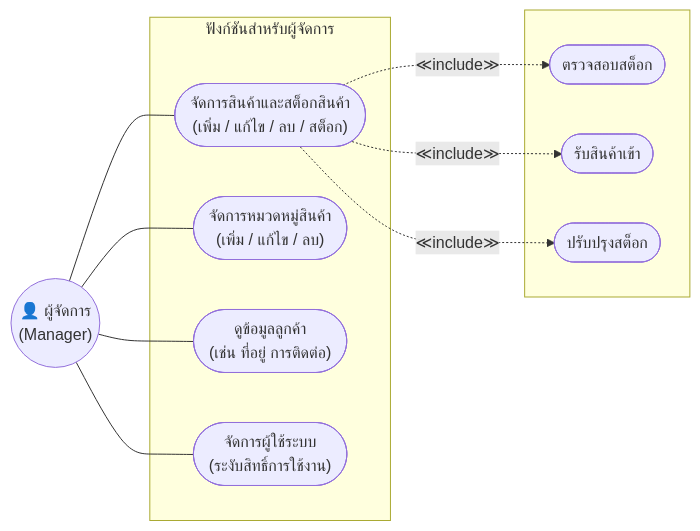
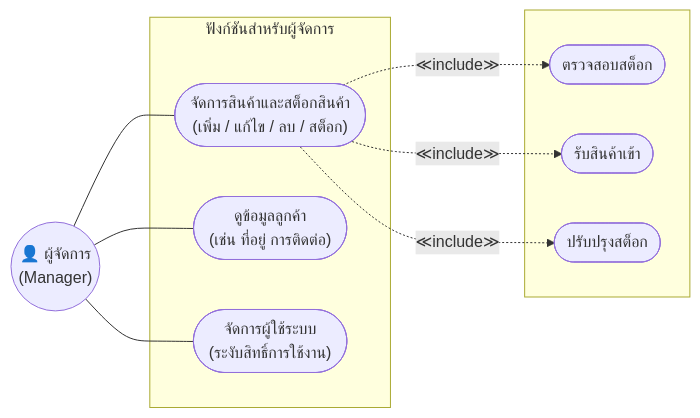
Before and after one commit to ArGusmumumimi/PC-Center-: the third of 8 diagrams in README.md, drawn with Mermaid. The commit also changed other lines of this file, not shown here.

````diff
--- a/README.md
+++ b/README.md
@@ -241,26 +231,24 @@
 ```mermaid
 flowchart LR
     Manager(("👤 ผู้จัดการ\n(Manager)"))
 
     subgraph OnlineStore_Manager["ฟังก์ชันสำหรับผู้จัดการ"]
         UM1(["จัดการสินค้าและสต็อกสินค้า\n(เพิ่ม / แก้ไข / ลบ / สต็อก)"])
-        UM2(["จัดการหมวดหมู่สินค้า\n(เพิ่ม / แก้ไข / ลบ)"])
         UM4(["ดูข้อมูลลูกค้า\n(เช่น ที่อยู่ การติดต่อ)"])
         UM5(["จัดการผู้ใช้ระบบ\n(ระงับสิทธิ์การใช้งาน)"])
     end
 
     subgraph include_stock[" "]
         UM1I1([ตรวจสอบสต็อก])
         UM1I2([รับสินค้าเข้า])
         UM1I3([ปรับปรุงสต็อก])
     end
 
     Manager --- UM1
-    Manager --- UM2
     Manager --- UM4
     Manager --- UM5
 
     UM1 -. "≪include≫" .-> UM1I1
     UM1 -. "≪include≫" .-> UM1I2
     UM1 -. "≪include≫" .-> UM1I3
 ```
````
